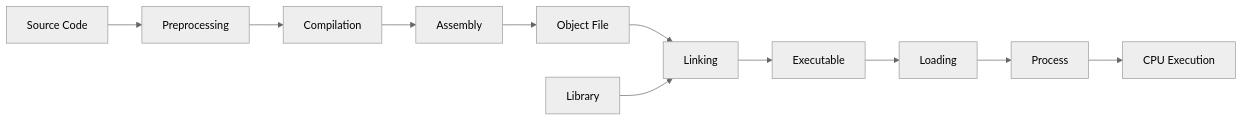
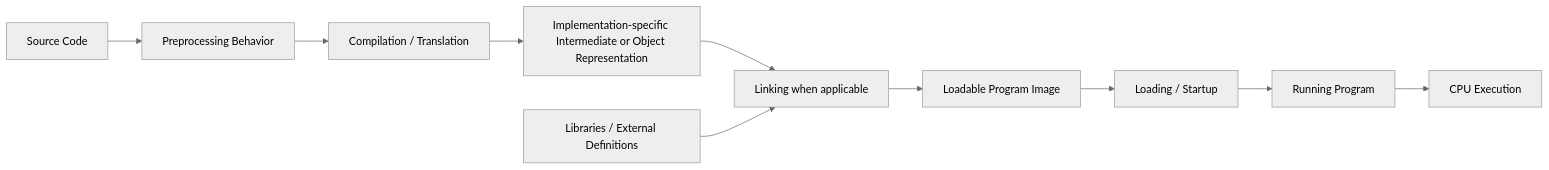
The second of 4 diagrams in design/03-programming-domain-model.en.md (inred329/summer_pre_course_2026), drawn with Mermaid (neutral theme) before and after one commit. The commit also changed other lines of this file and 104 other files, not shown here.

````diff
--- a/design/03-programming-domain-model.en.md
+++ b/design/03-programming-domain-model.en.md
@@ -75,13 +81,12 @@
 ```mermaid
 flowchart LR
-    SRC[Source Code] --> PP[Preprocessing]
-    PP --> CC[Compilation]
-    CC --> AS[Assembly]
-    AS --> OBJ[Object File]
-    OBJ --> LK[Linking]
-    LIB[Library] --> LK
-    LK --> EXE[Executable]
-    EXE --> LOAD[Loading]
-    LOAD --> PROC[Process]
+    SRC[Source Code] --> PP[Preprocessing Behavior]
+    PP --> CC[Compilation / Translation]
+    CC --> OBJ[Implementation-specific Intermediate or Object Representation]
+    OBJ --> LK[Linking when applicable]
+    LIB[Libraries / External Definitions] --> LK
+    LK --> EXE[Loadable Program Image]
+    EXE --> LOAD[Loading / Startup]
+    LOAD --> PROC[Running Program]
     PROC --> CPU[CPU Execution]
 ```
````
